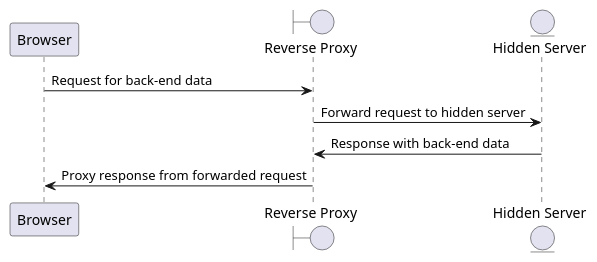
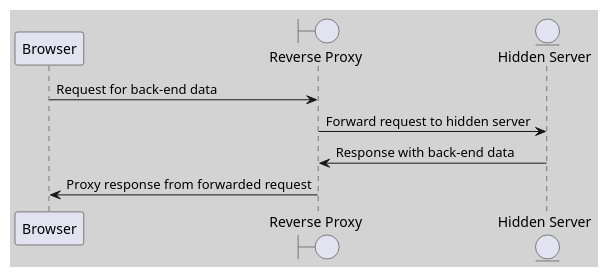
Before and after one commit to fin-kafka/orchestrating-app: the diagram in talk/reverse_proxy.plantuml, drawn with PlantUML. The commit also changed 3 other files, not shown here.

```diff
--- a/talk/reverse_proxy.plantuml
+++ b/talk/reverse_proxy.plantuml
@@ -1,14 +1,14 @@
 @startuml
 
-skinparam backgroundcolor transparent
+skinparam backgroundColor lightGray
 
 participant Browser
 boundary ReverseProxy as "Reverse Proxy"
 entity HiddenServer as "Hidden Server"
 
 Browser -> ReverseProxy : Request for back-end data
 ReverseProxy -> HiddenServer : Forward request to hidden server
 HiddenServer -> ReverseProxy : Response with back-end data
 ReverseProxy -> Browser : Proxy response from forwarded request
 
 @enduml
```
